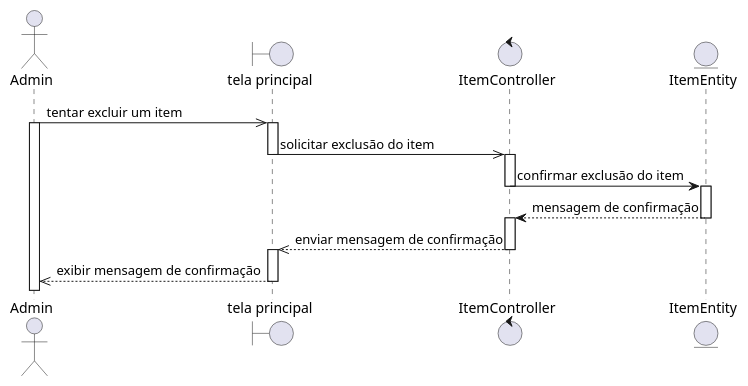
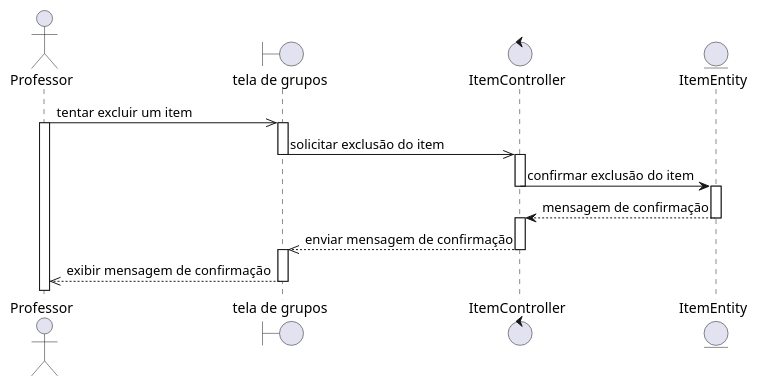
The diagram in design/sequence_code/admin/item.delete.seq.wsd (rodrigoRolim/AC-backend), drawn with PlantUML before and after one commit. The commit also changed 61 other files, not shown here.

Commit message:
change requeriments and diagrams

```diff
--- a/design/sequence_code/admin/item.delete.seq.wsd
+++ b/design/sequence_code/admin/item.delete.seq.wsd
@@ -1,24 +1,24 @@
 @startuml
-actor Admin
-boundary "tela principal" as grupo
+actor Professor
+boundary "tela de grupos" as grupo
 control ItemController
 entity ItemEntity
 
-Admin ->> grupo: tentar excluir um item
-activate Admin
+Professor ->> grupo: tentar excluir um item
+activate Professor
 activate grupo
 grupo ->> ItemController: solicitar exclusão do item
 deactivate grupo
 activate ItemController
 ItemController -> ItemEntity: confirmar exclusão do item
 deactivate ItemController
 activate ItemEntity
 ItemEntity --> ItemController: mensagem de confirmação
 deactivate ItemEntity
 activate ItemController
 ItemController -->> grupo: enviar mensagem de confirmação
 deactivate ItemController
 activate grupo
-grupo -->> Admin: exibir mensagem de confirmação
+grupo -->> Professor: exibir mensagem de confirmação
 deactivate grupo
 @enduml
```
